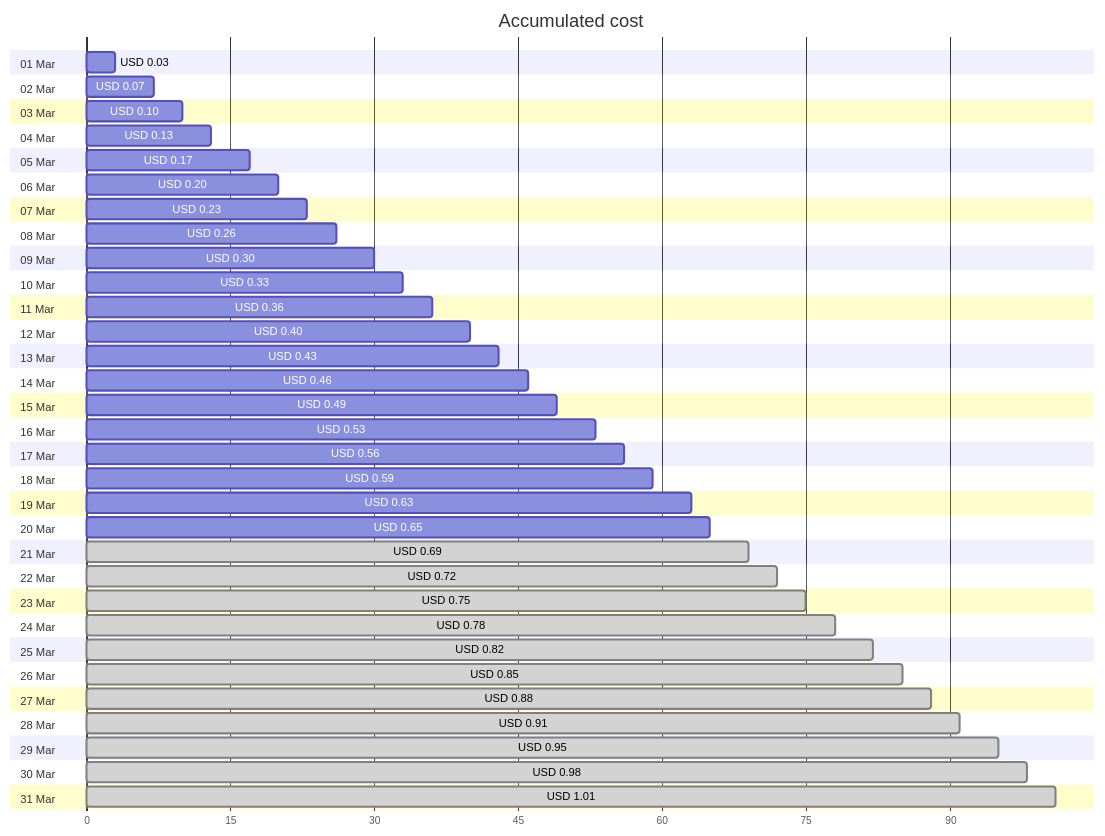
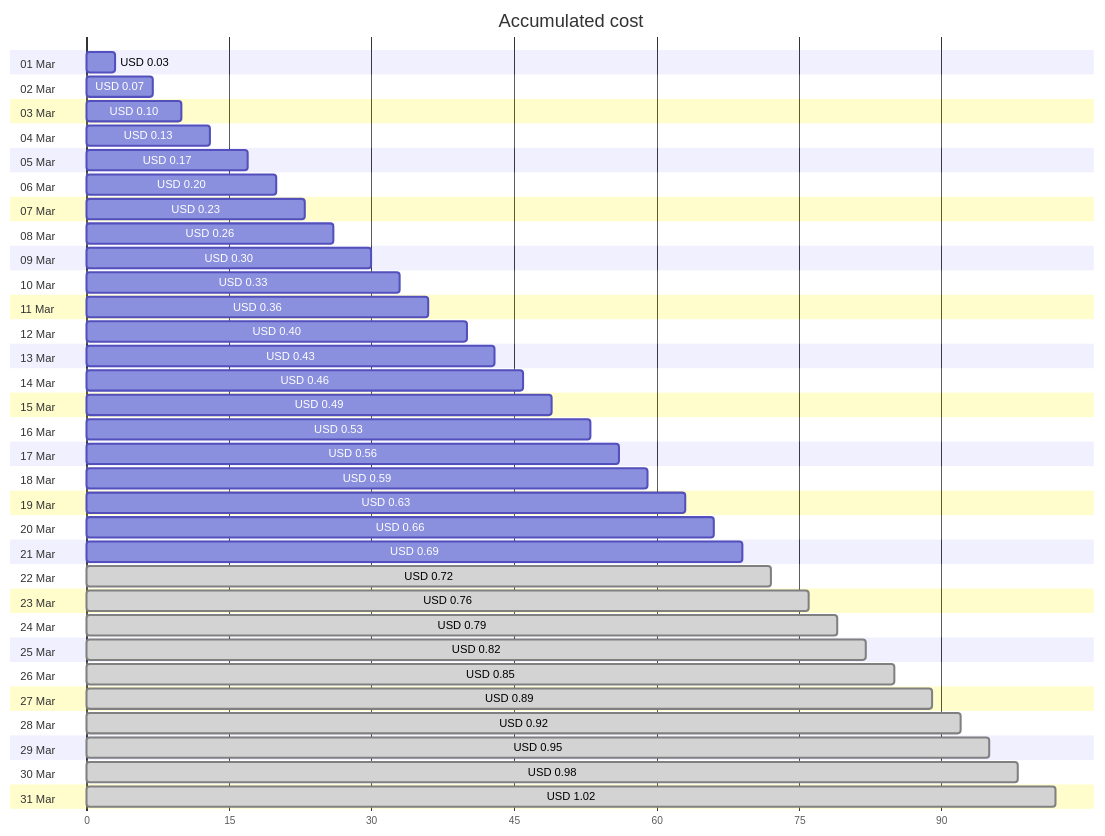
One commit to jpfulton/azure-personal-reports changed the first of 4 diagrams in cost-reports/personal-dns/README.md. Above: the diagram before and after it, drawn with Mermaid. The commit also changed other lines of this file and 2 other files, not shown here.

````diff
--- a/cost-reports/personal-dns/README.md
+++ b/cost-reports/personal-dns/README.md
@@ -20,68 +20,68 @@
 ```mermaid
 gantt
    title Accumulated cost
    dateFormat  X
    axisFormat %s
    section 01 Mar
    USD 0.03 :0, 3
    section 02 Mar
    USD 0.07 :0, 7
    section 03 Mar
    USD 0.10 :0, 10
    section 04 Mar
    USD 0.13 :0, 13
    section 05 Mar
    USD 0.17 :0, 17
    section 06 Mar
    USD 0.20 :0, 20
    section 07 Mar
    USD 0.23 :0, 23
    section 08 Mar
    USD 0.26 :0, 26
    section 09 Mar
    USD 0.30 :0, 30
    section 10 Mar
    USD 0.33 :0, 33
    section 11 Mar
    USD 0.36 :0, 36
    section 12 Mar
    USD 0.40 :0, 40
    section 13 Mar
    USD 0.43 :0, 43
    section 14 Mar
    USD 0.46 :0, 46
    section 15 Mar
    USD 0.49 :0, 49
    section 16 Mar
    USD 0.53 :0, 53
    section 17 Mar
    USD 0.56 :0, 56
    section 18 Mar
    USD 0.59 :0, 59
    section 19 Mar
    USD 0.63 :0, 63
    section 20 Mar
-   USD 0.65 :0, 65
+   USD 0.66 :0, 66
    section 21 Mar
-   USD 0.69 : done, 0, 69
+   USD 0.69 :0, 69
    section 22 Mar
    USD 0.72 : done, 0, 72
    section 23 Mar
-   USD 0.75 : done, 0, 75
+   USD 0.76 : done, 0, 76
    section 24 Mar
-   USD 0.78 : done, 0, 78
+   USD 0.79 : done, 0, 79
    section 25 Mar
    USD 0.82 : done, 0, 82
    section 26 Mar
    USD 0.85 : done, 0, 85
    section 27 Mar
-   USD 0.88 : done, 0, 88
+   USD 0.89 : done, 0, 89
    section 28 Mar
-   USD 0.91 : done, 0, 91
+   USD 0.92 : done, 0, 92
    section 29 Mar
    USD 0.95 : done, 0, 95
    section 30 Mar
    USD 0.98 : done, 0, 98
    section 31 Mar
-   USD 1.01 : done, 0, 101
+   USD 1.02 : done, 0, 102
 ```
````
